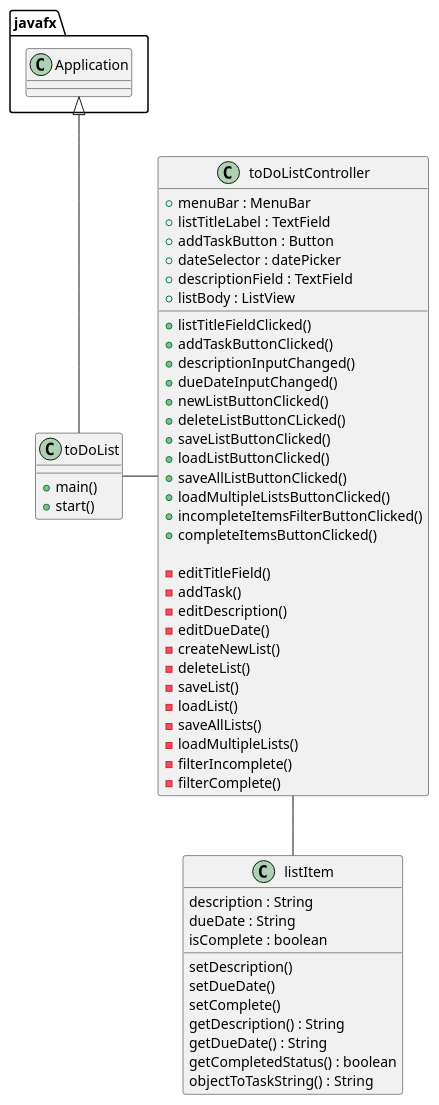
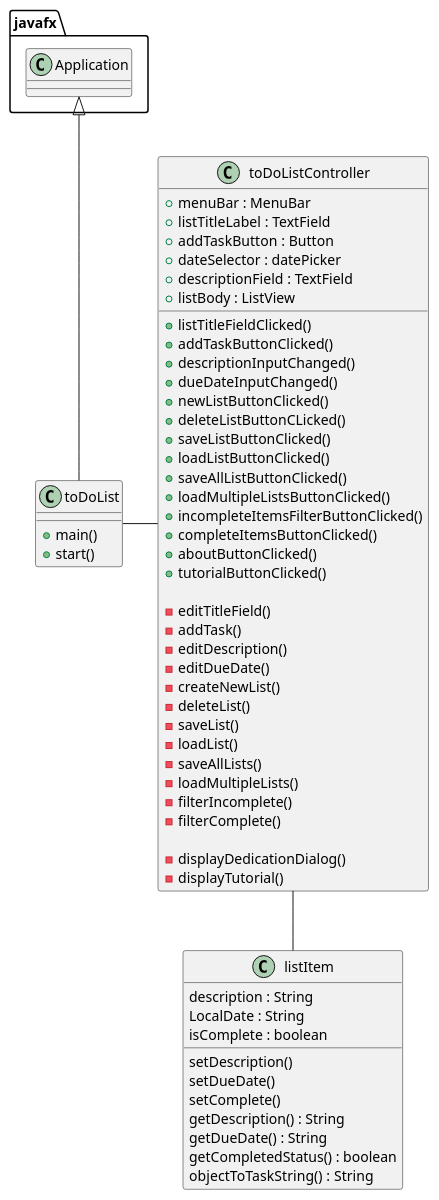
The diagram in uml/ToDoList.puml (jasonsaini/Java-ToDo-GUI), drawn with PlantUML before and after one commit. The commit also changed 14 other files, not shown here.

```diff
--- a/uml/ToDoList.puml
+++ b/uml/ToDoList.puml
@@ -1,67 +1,71 @@
 @startuml
 
 class toDoList
 {
     + main()
     + start()
 }
 
 class toDoListController
 {
 
         + menuBar : MenuBar
         + listTitleLabel : TextField
         + addTaskButton : Button
         + dateSelector : datePicker
         + descriptionField : TextField
         + listBody : ListView
 
         + listTitleFieldClicked()
         + addTaskButtonClicked()
         + descriptionInputChanged()
         + dueDateInputChanged()
         + newListButtonClicked()
         + deleteListButtonCLicked()
         + saveListButtonClicked()
         + loadListButtonClicked()
         + saveAllListButtonClicked()
         + loadMultipleListsButtonClicked()
         + incompleteItemsFilterButtonClicked()
         + completeItemsButtonClicked()
+        + aboutButtonClicked()
+        + tutorialButtonClicked()
 
         - editTitleField()
         - addTask()
         - editDescription()
         - editDueDate()
         - createNewList()
         - deleteList()
         - saveList()
         - loadList()
         - saveAllLists()
         - loadMultipleLists()
         - filterIncomplete()
         - filterComplete()
 
+        - displayDedicationDialog()
+        - displayTutorial()
 }
 
 
 class listItem
 {
     description : String
-    dueDate : String
+    LocalDate : String
     isComplete : boolean
 
     setDescription()
     setDueDate()
     setComplete()
     getDescription() : String
     getDueDate() : String
     getCompletedStatus() : boolean
     objectToTaskString() : String
 }
 
 javafx.Application <|-- toDoList
 toDoList - toDoListController
 toDoListController -- listItem
 
 @enduml
```
